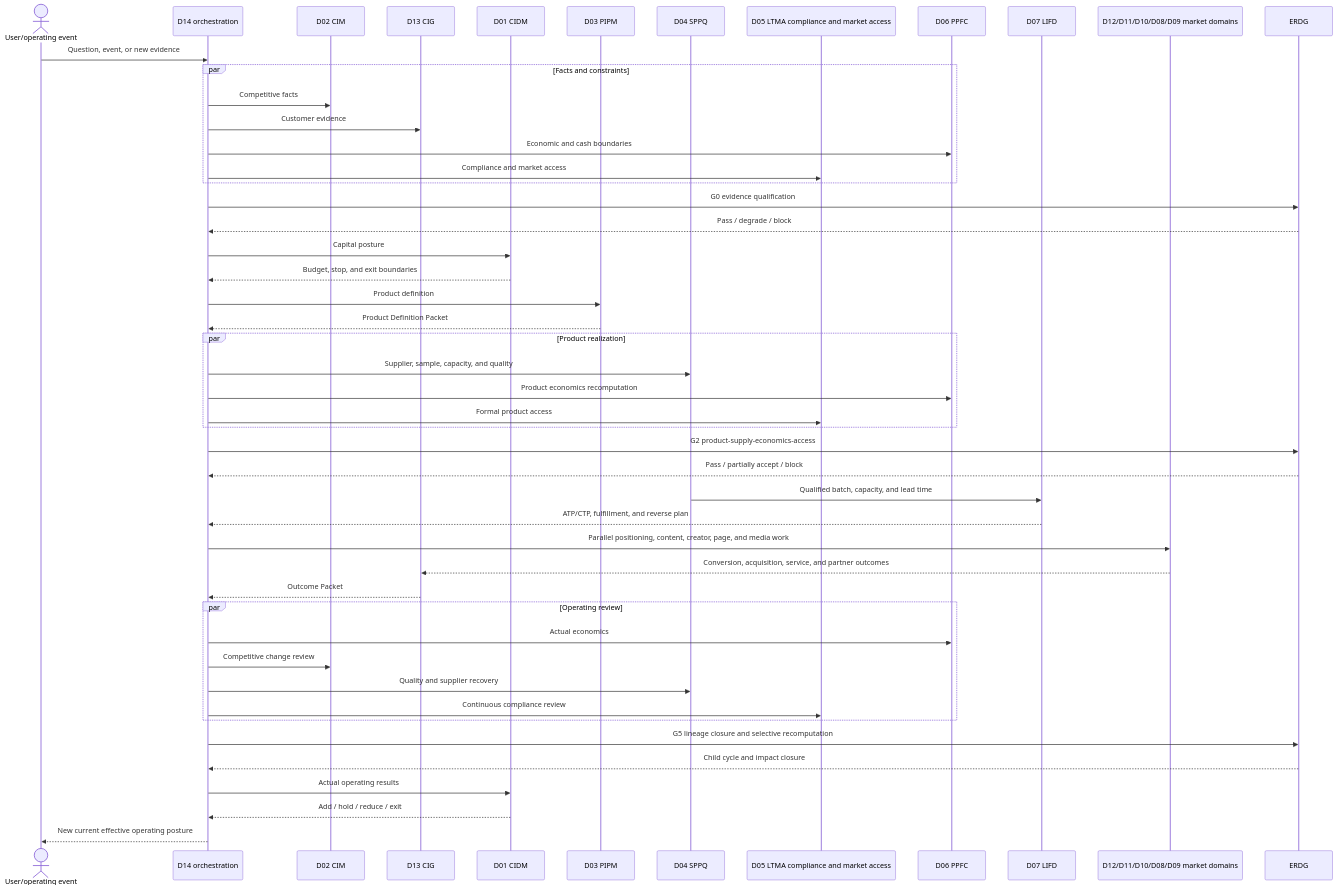
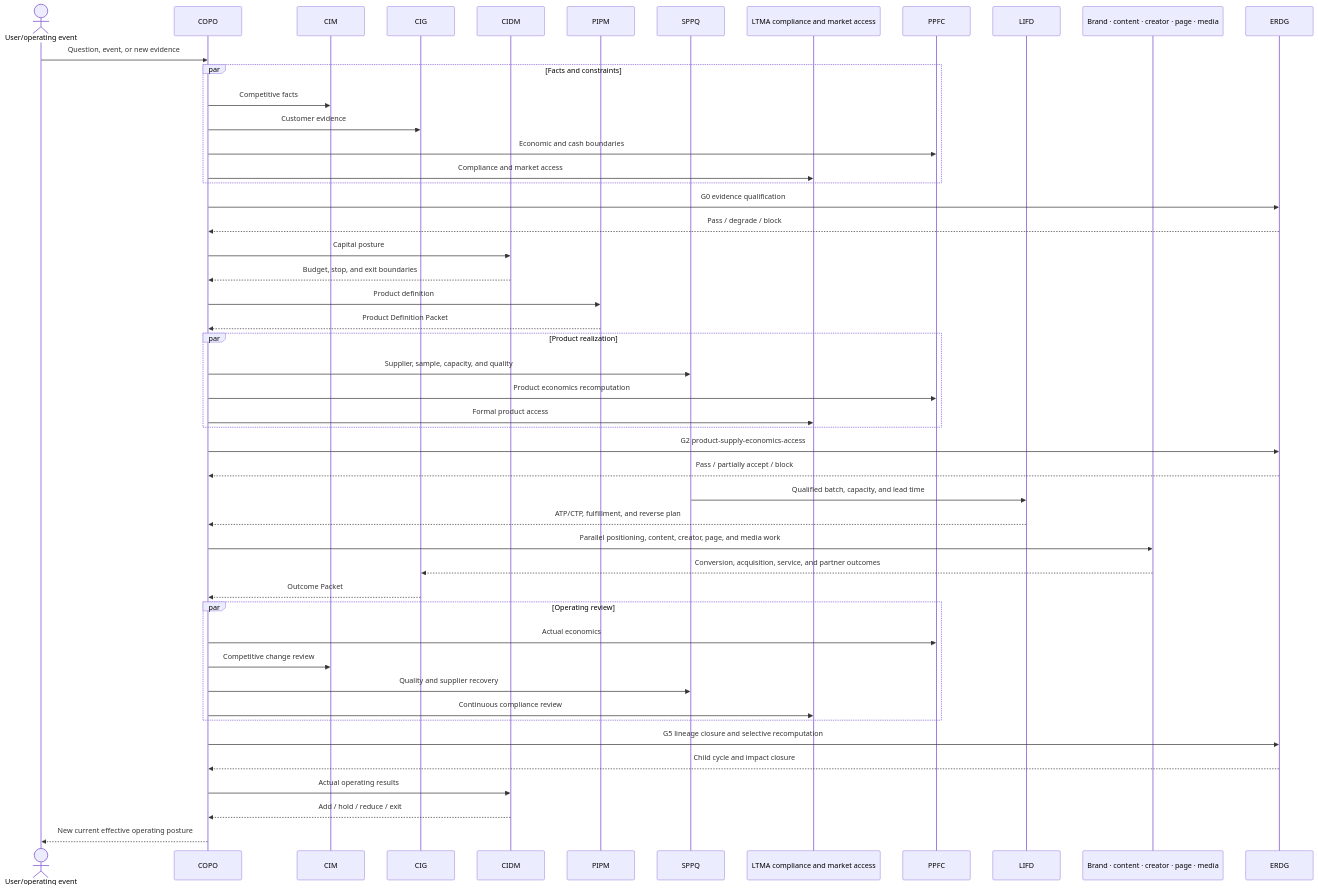
Before and after one commit to saye-chen/CrossBorder-Decision-Lab: the third of 3 diagrams in README.en.md, drawn with Mermaid. The commit also changed other lines of this file and 2 other files, not shown here.

Commit message:
polish homepage capability architecture

````diff
--- a/README.en.md
+++ b/README.en.md
@@ -164,51 +169,51 @@
 ```mermaid
 sequenceDiagram
     actor U as User/operating event
-    participant D14 as D14 orchestration
-    participant D02 as D02 CIM
-    participant D13 as D13 CIG
-    participant D01 as D01 CIDM
-    participant D03 as D03 PIPM
-    participant D04 as D04 SPPQ
-    participant D05 as D05 LTMA compliance and market access
-    participant D06 as D06 PPFC
-    participant D07 as D07 LIFD
-    participant M as D12/D11/D10/D08/D09 market domains
+    participant COPO as COPO
+    participant CIM as CIM
+    participant CIG as CIG
+    participant CIDM as CIDM
+    participant PIPM as PIPM
+    participant SPPQ as SPPQ
+    participant LTMA as LTMA compliance and market access
+    participant PPFC as PPFC
+    participant LIFD as LIFD
+    participant M as Brand · content · creator · page · media
     participant E as ERDG
-    U->>D14: Question, event, or new evidence
+    U->>COPO: Question, event, or new evidence
     par Facts and constraints
-      D14->>D02: Competitive facts
-      D14->>D13: Customer evidence
-      D14->>D06: Economic and cash boundaries
-      D14->>D05: Compliance and market access
+      COPO->>CIM: Competitive facts
+      COPO->>CIG: Customer evidence
+      COPO->>PPFC: Economic and cash boundaries
+      COPO->>LTMA: Compliance and market access
     end
-    D14->>E: G0 evidence qualification
-    E-->>D14: Pass / degrade / block
-    D14->>D01: Capital posture
-    D01-->>D14: Budget, stop, and exit boundaries
-    D14->>D03: Product definition
-    D03-->>D14: Product Definition Packet
+    COPO->>E: G0 evidence qualification
+    E-->>COPO: Pass / degrade / block
+    COPO->>CIDM: Capital posture
+    CIDM-->>COPO: Budget, stop, and exit boundaries
+    COPO->>PIPM: Product definition
+    PIPM-->>COPO: Product Definition Packet
     par Product realization
-      D14->>D04: Supplier, sample, capacity, and quality
-      D14->>D06: Product economics recomputation
-      D14->>D05: Formal product access
+      COPO->>SPPQ: Supplier, sample, capacity, and quality
+      COPO->>PPFC: Product economics recomputation
+      COPO->>LTMA: Formal product access
     end
-    D14->>E: G2 product-supply-economics-access
-    E-->>D14: Pass / partially accept / block
-    D04->>D07: Qualified batch, capacity, and lead time
-    D07-->>D14: ATP/CTP, fulfillment, and reverse plan
-    D14->>M: Parallel positioning, content, creator, page, and media work
-    M-->>D13: Conversion, acquisition, service, and partner outcomes
-    D13-->>D14: Outcome Packet
+    COPO->>E: G2 product-supply-economics-access
+    E-->>COPO: Pass / partially accept / block
+    SPPQ->>LIFD: Qualified batch, capacity, and lead time
+    LIFD-->>COPO: ATP/CTP, fulfillment, and reverse plan
+    COPO->>M: Parallel positioning, content, creator, page, and media work
+    M-->>CIG: Conversion, acquisition, service, and partner outcomes
+    CIG-->>COPO: Outcome Packet
     par Operating review
-      D14->>D06: Actual economics
-      D14->>D02: Competitive change review
-      D14->>D04: Quality and supplier recovery
-      D14->>D05: Continuous compliance review
+      COPO->>PPFC: Actual economics
+      COPO->>CIM: Competitive change review
+      COPO->>SPPQ: Quality and supplier recovery
+      COPO->>LTMA: Continuous compliance review
     end
-    D14->>E: G5 lineage closure and selective recomputation
-    E-->>D14: Child cycle and impact closure
-    D14->>D01: Actual operating results
-    D01-->>D14: Add / hold / reduce / exit
-    D14-->>U: New current effective operating posture
+    COPO->>E: G5 lineage closure and selective recomputation
+    E-->>COPO: Child cycle and impact closure
+    COPO->>CIDM: Actual operating results
+    CIDM-->>COPO: Add / hold / reduce / exit
+    COPO-->>U: New current effective operating posture
 ```
````
